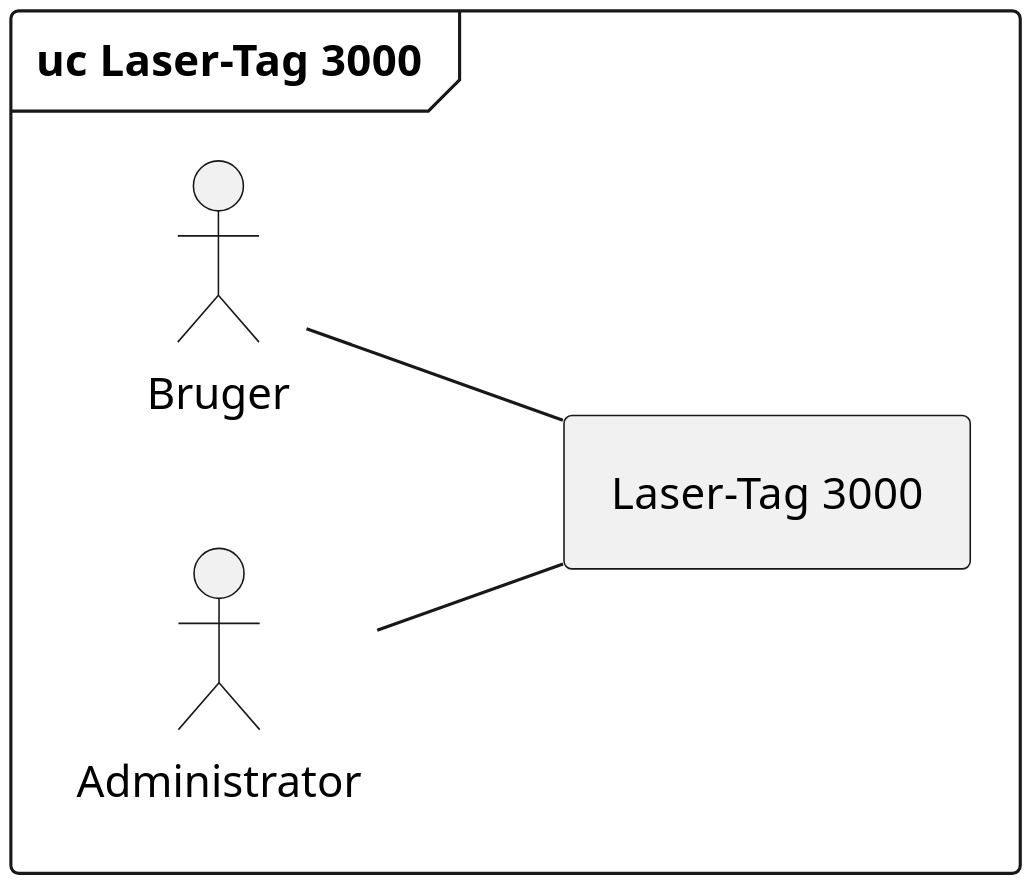
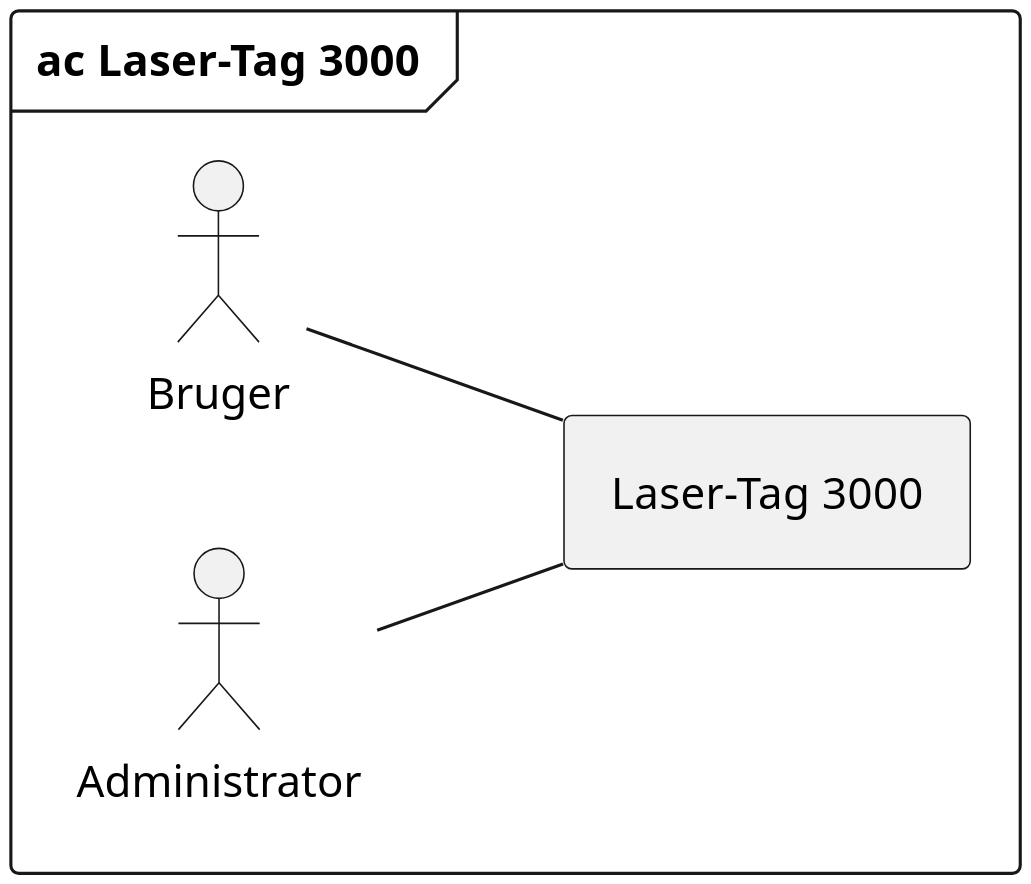
One commit to LasseKrarup/Laser-Tag-Project changed the diagram in PlantUML/ac_diagram.plantuml. Above: the diagram before and after it, drawn with PlantUML.

Commit message:
Small change

```diff
--- a/PlantUML/ac_diagram.plantuml
+++ b/PlantUML/ac_diagram.plantuml
@@ -1,27 +1,27 @@
 @startuml ac_diagram
 
 left to right direction
 
 skinparam {
     monochrome true
     dpi 300
     padding 5
     packageStyle rectangle
     packageStyle frame
     shadowing false
     'linetype polyline
     'linetype ortho
     'backgroundColor transparent
 }
 
-frame "uc Laser-Tag 3000" {
+frame "ac Laser-Tag 3000" {
 
     actor Bruger as user
     actor Administrator as admin
     rectangle "Laser-Tag 3000" as lasertag
 
     user -- lasertag
     admin -- lasertag
 }
 
 @enduml
```
